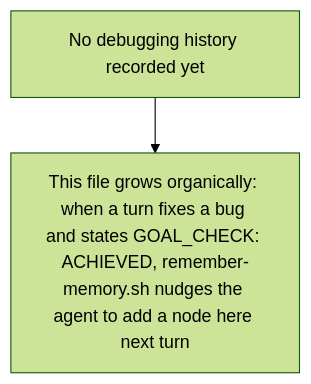
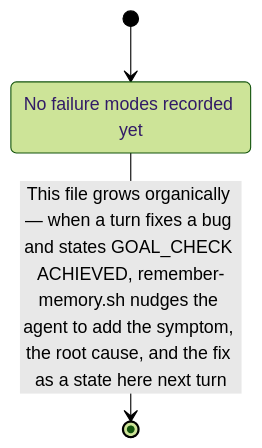
The diagram in agents/skills/ai-memory-init/SKILL.md (MohanTn/mohan-dotfiles), drawn with Mermaid (forest theme) before and after one commit. The commit also changed other lines of this file and 15 other files, not shown here.

Commit message:
bootstrap .ai-memory system with diagrams and prompt routes

````diff
--- a/agents/skills/ai-memory-init/SKILL.md
+++ b/agents/skills/ai-memory-init/SKILL.md
@@ -63,4 +95,6 @@
 ```mermaid
-flowchart TD
-  Start[No debugging history recorded yet] --> Note[This file grows organically: when a turn fixes a bug and states GOAL_CHECK: ACHIEVED, remember-memory.sh nudges the agent to add a node here next turn]
+stateDiagram-v2
+  [*] --> NoHistory
+  NoHistory: No failure modes recorded yet
+  NoHistory --> [*]: This file grows organically — when a turn fixes a bug and states GOAL_CHECK ACHIEVED, remember-memory.sh nudges the agent to add the symptom, the root cause, and the fix as a state here next turn
 ```
````
